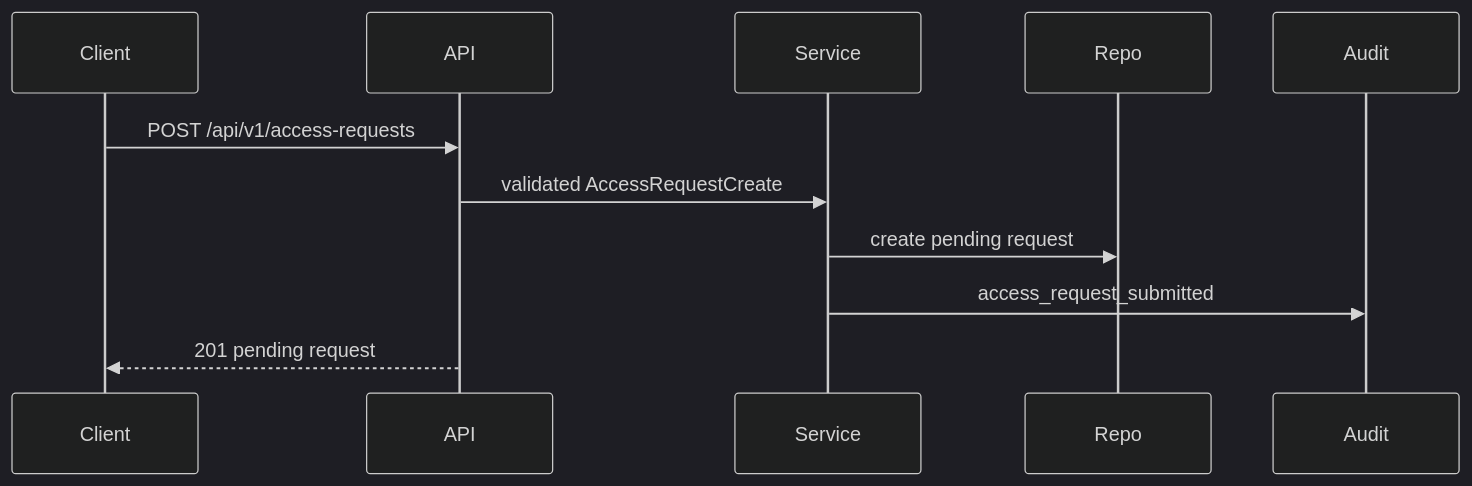
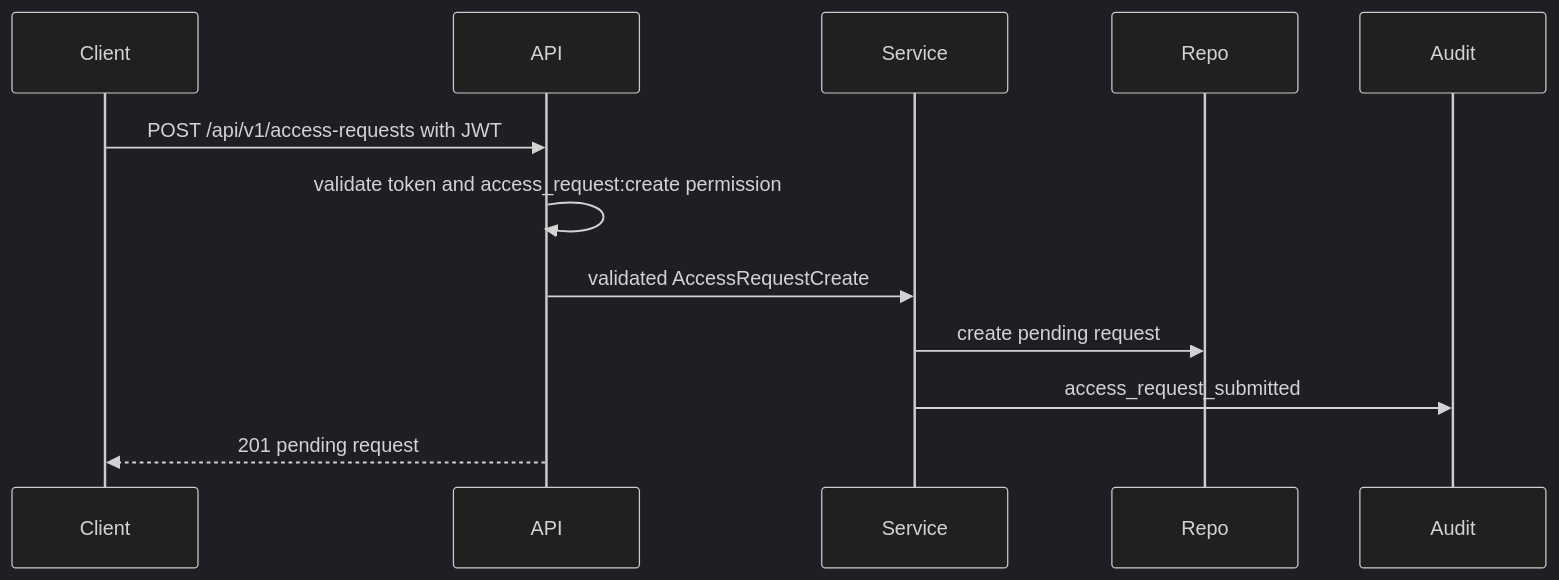
The second of 6 diagrams in docs/threat-model/data-flow-diagram.md (Ibraheemolasupogit/devsecops-application-security-pipeline), drawn with Mermaid (dark theme) before and after one commit. The commit also changed other lines of this file and 76 other files, not shown here.

````diff
--- a/docs/threat-model/data-flow-diagram.md
+++ b/docs/threat-model/data-flow-diagram.md
@@ -16,13 +18,14 @@
 ```mermaid
 sequenceDiagram
     participant Client
     participant API
     participant Service
     participant Repo
     participant Audit
-    Client->>API: POST /api/v1/access-requests
+    Client->>API: POST /api/v1/access-requests with JWT
+    API->>API: validate token and access_request:create permission
     API->>Service: validated AccessRequestCreate
     Service->>Repo: create pending request
     Service->>Audit: access_request_submitted
     API-->>Client: 201 pending request
 ```
````
